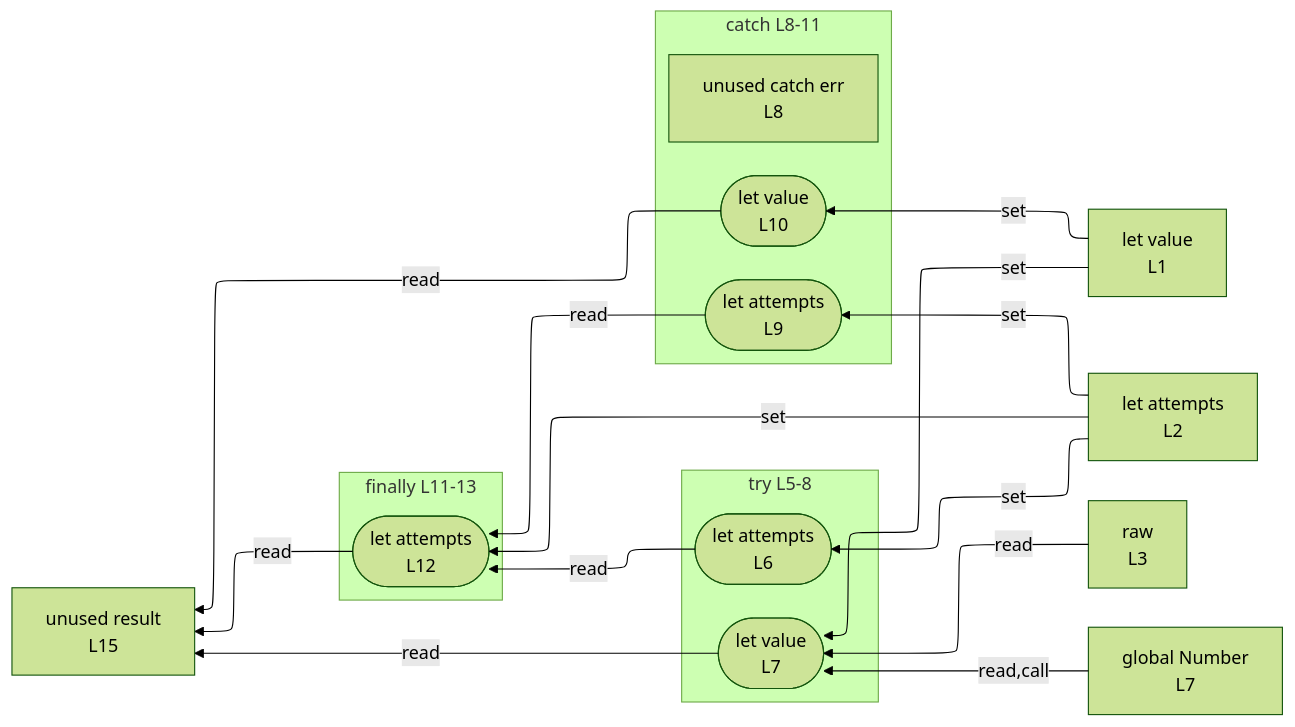
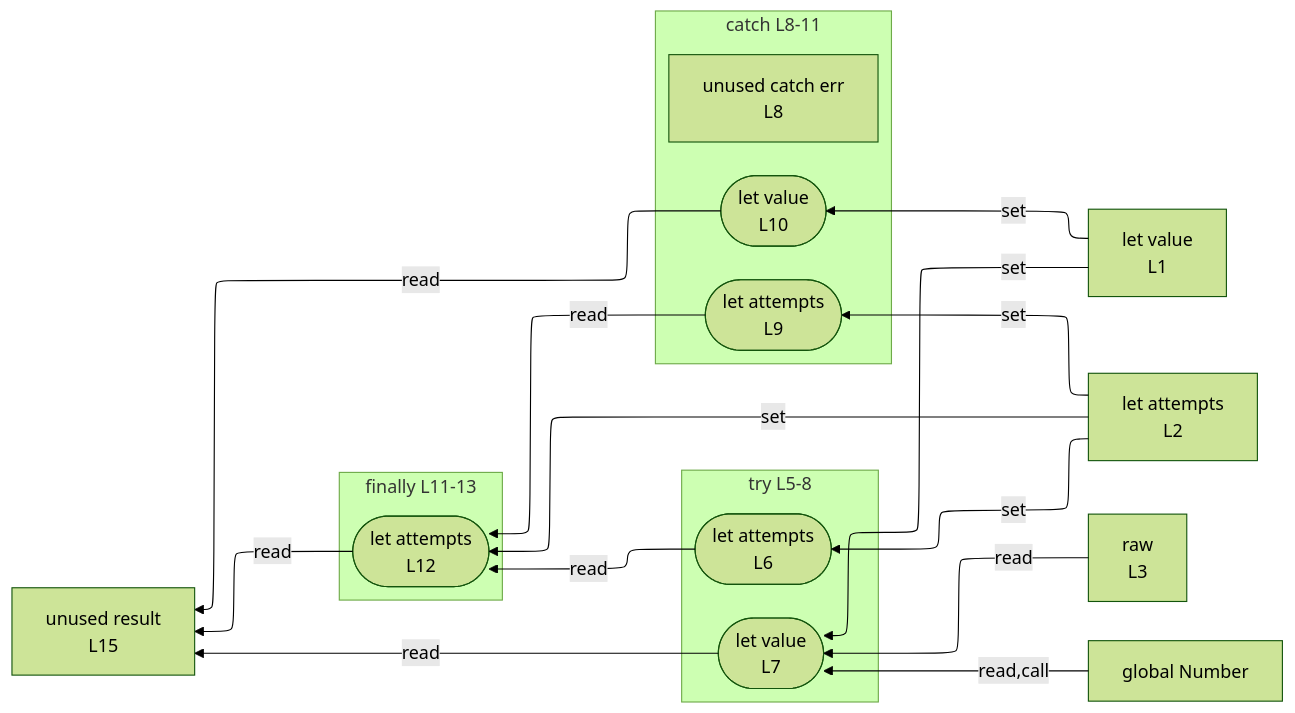
One commit to crescware/unsnarl changed the diagram in integration/fixtures/control-try/preview.md. Above: the diagram before and after it, drawn with Mermaid (forest theme). The commit also changed 107 other files, not shown here.

````diff
--- a/integration/fixtures/control-try/preview.md
+++ b/integration/fixtures/control-try/preview.md
@@ -25,36 +25,36 @@
 ```mermaid
 %%{init: {"flowchart": {"defaultRenderer": "elk"}}}%%
 flowchart RL
   n_scope_0_value_4["let value<br/>L1"]
   n_scope_0_attempts_19["let attempts<br/>L2"]
   n_scope_0_raw_39["raw<br/>L3"]
   n_scope_0_result_182["unused result<br/>L15"]
-  n_scope_0_Number_84["global Number<br/>L7"]
+  n_scope_0_Number_84["global Number"]
   subgraph s_scope_1["try L5-8"]
     direction RL
     wr_ref_1(["let value<br/>L7"])
     wr_ref_0(["let attempts<br/>L6"])
   end
   subgraph s_scope_2["catch L8-11"]
     direction RL
     n_scope_2_err_106["unused catch err<br/>L8"]
     wr_ref_5(["let value<br/>L10"])
     wr_ref_4(["let attempts<br/>L9"])
   end
   subgraph s_scope_3["finally L11-13"]
     direction RL
     wr_ref_6(["let attempts<br/>L12"])
   end
   n_scope_0_value_4 -->|set| wr_ref_1
   n_scope_0_value_4 -->|set| wr_ref_5
   n_scope_0_attempts_19 -->|set| wr_ref_0
   n_scope_0_attempts_19 -->|set| wr_ref_4
   n_scope_0_attempts_19 -->|set| wr_ref_6
   n_scope_0_Number_84 -->|read,call| wr_ref_1
   n_scope_0_raw_39 -->|read| wr_ref_1
   wr_ref_0 -->|read| wr_ref_6
   wr_ref_4 -->|read| wr_ref_6
   wr_ref_1 -->|read| n_scope_0_result_182
   wr_ref_5 -->|read| n_scope_0_result_182
   wr_ref_6 -->|read| n_scope_0_result_182
 ```
````
